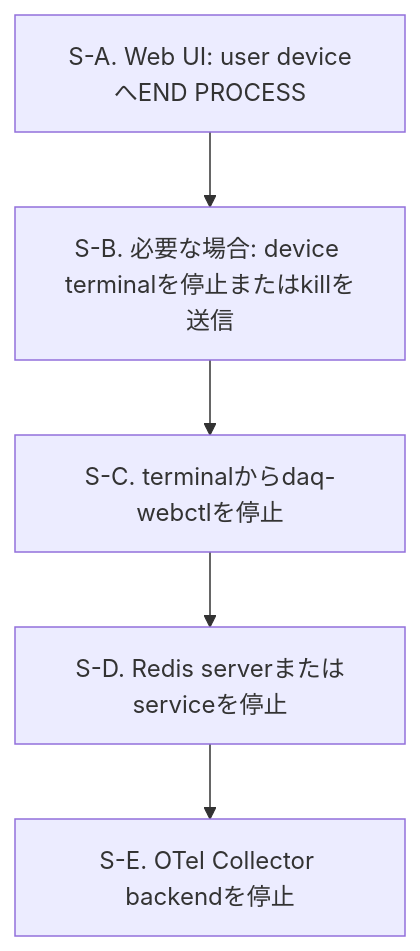
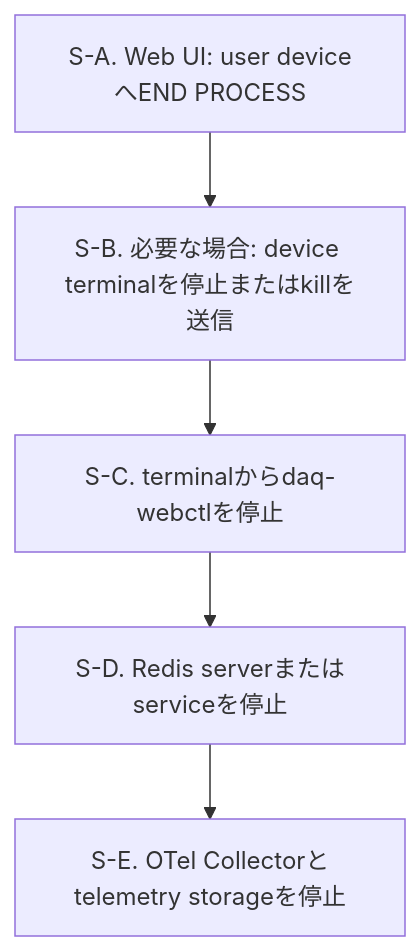
Before and after one commit to tntakahashi/nestdaq: the second of 2 diagrams in examples/README.ja.md, drawn with Mermaid. The commit also changed other lines of this file and 1 other file, not shown here.

````diff
--- a/examples/README.ja.md
+++ b/examples/README.ja.md
@@ -301,10 +302,10 @@
 ```mermaid
 flowchart TD
   End[S-A. Web UI: user deviceへEND PROCESS]
   DeviceFallback[S-B. 必要な場合: device terminalを停止またはkillを送信]
   WebCtl[S-C. terminalからdaq-webctlを停止]
   Redis[S-D. Redis serverまたはserviceを停止]
-  Otel[S-E. OTel Collector backendを停止]
+  Otel[S-E. OTel Collectorとtelemetry storageを停止]
 
   End --> DeviceFallback --> WebCtl --> Redis --> Otel
 ```
````
